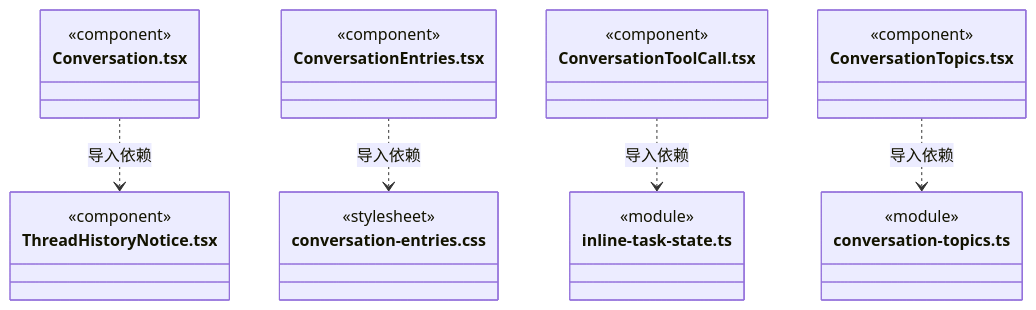
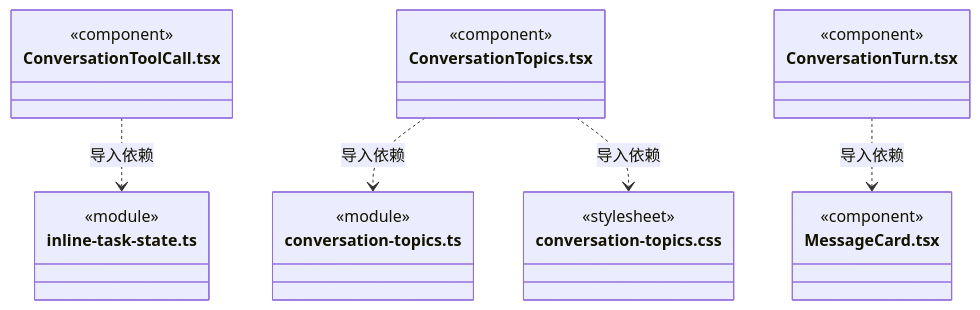
Before and after one commit to nan023062/cbim: diagram 45 of 50 in src/view/conversation/ARCHITECTURE.md, drawn with Mermaid. The commit also changed other lines of this file and 24 other files, not shown here.

````diff
--- a/src/view/conversation/ARCHITECTURE.md
+++ b/src/view/conversation/ARCHITECTURE.md
@@ -611,31 +681,28 @@
 ```mermaid
 classDiagram
-class N_src_view_conversation_Conversation_tsx["Conversation.tsx"] {
-  <<component>>
-}
-class N_src_view_conversation_ThreadHistoryNotice_tsx["ThreadHistoryNotice.tsx"] {
-  <<component>>
-}
-class N_src_view_conversation_ConversationEntries_tsx["ConversationEntries.tsx"] {
-  <<component>>
-}
-class N_src_view_conversation_conversation_entries_css["conversation-entries.css"] {
-  <<stylesheet>>
-}
 class N_src_view_conversation_ConversationToolCall_tsx["ConversationToolCall.tsx"] {
   <<component>>
 }
 class N_src_view_conversation_inline_task_state_ts["inline-task-state.ts"] {
   <<module>>
 }
 class N_src_view_conversation_ConversationTopics_tsx["ConversationTopics.tsx"] {
   <<component>>
 }
 class N_src_view_conversation_conversation_topics_ts["conversation-topics.ts"] {
   <<module>>
 }
-N_src_view_conversation_Conversation_tsx ..> N_src_view_conversation_ThreadHistoryNotice_tsx : 导入依赖
-N_src_view_conversation_ConversationEntries_tsx ..> N_src_view_conversation_conversation_entries_css : 导入依赖
+class N_src_view_conversation_conversation_topics_css["conversation-topics.css"] {
+  <<stylesheet>>
+}
+class N_src_view_conversation_ConversationTurn_tsx["ConversationTurn.tsx"] {
+  <<component>>
+}
+class N_src_view_conversation_MessageCard_tsx["MessageCard.tsx"] {
+  <<component>>
+}
 N_src_view_conversation_ConversationToolCall_tsx ..> N_src_view_conversation_inline_task_state_ts : 导入依赖
 N_src_view_conversation_ConversationTopics_tsx ..> N_src_view_conversation_conversation_topics_ts : 导入依赖
+N_src_view_conversation_ConversationTopics_tsx ..> N_src_view_conversation_conversation_topics_css : 导入依赖
+N_src_view_conversation_ConversationTurn_tsx ..> N_src_view_conversation_MessageCard_tsx : 导入依赖
 ```
````
